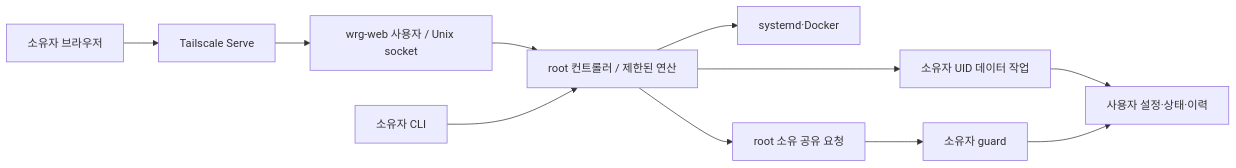
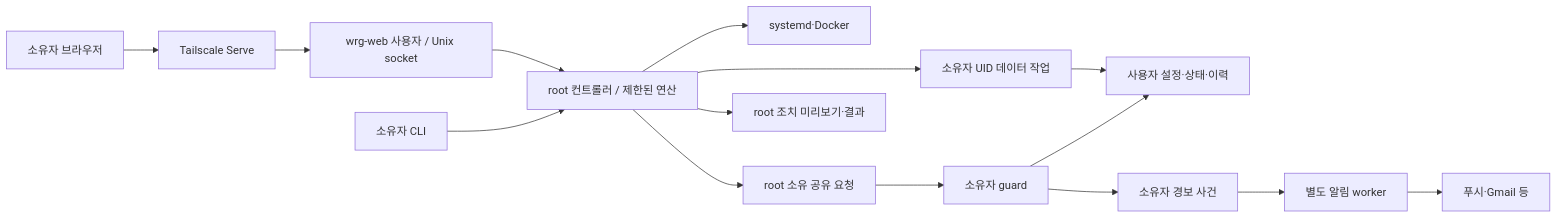
One commit to jihoon22-lee/wsl-resource-guard changed the diagram in docs/architecture.md. Above: the diagram before and after it, drawn with Mermaid. The commit also changed other lines of this file and 10 other files, not shown here.

````diff
--- a/docs/architecture.md
+++ b/docs/architecture.md
@@ -3,13 +3,17 @@
 ```mermaid
 flowchart LR
   Browser[소유자 브라우저] --> TS[Tailscale Serve]
   TS --> Web[wrg-web 사용자 / Unix socket]
   Web --> Controller[root 컨트롤러 / 제한된 연산]
   CLI[소유자 CLI] --> Controller
   Controller --> Worker[소유자 UID 데이터 작업]
   Worker --> Data[사용자 설정·상태·이력]
   Controller --> System[systemd·Docker]
   Guard[소유자 guard] --> Data
   Controller --> Shared[root 소유 공유 요청]
   Shared --> Guard
+  Guard --> Incidents[소유자 경보 사건]
+  Incidents --> Delivery[별도 알림 worker]
+  Delivery --> Channels[푸시·Gmail 등]
+  Controller --> Actions[root 조치 미리보기·결과]
 ```
````
